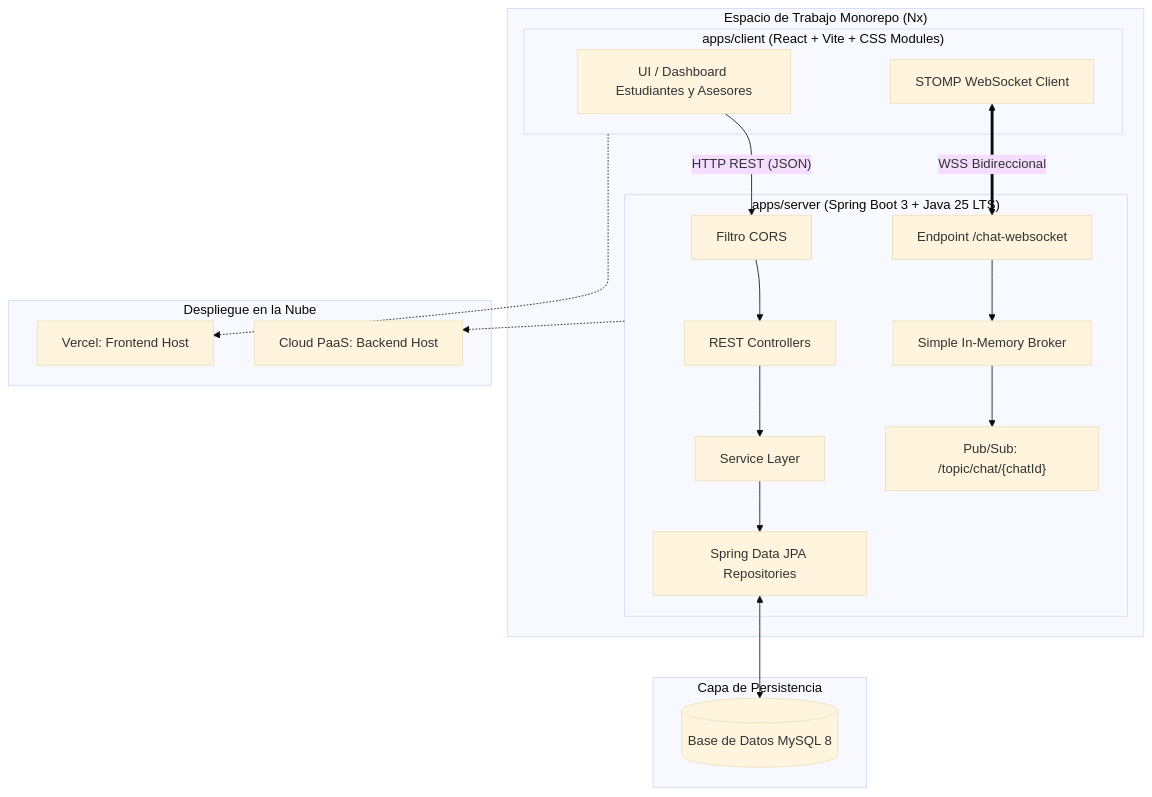
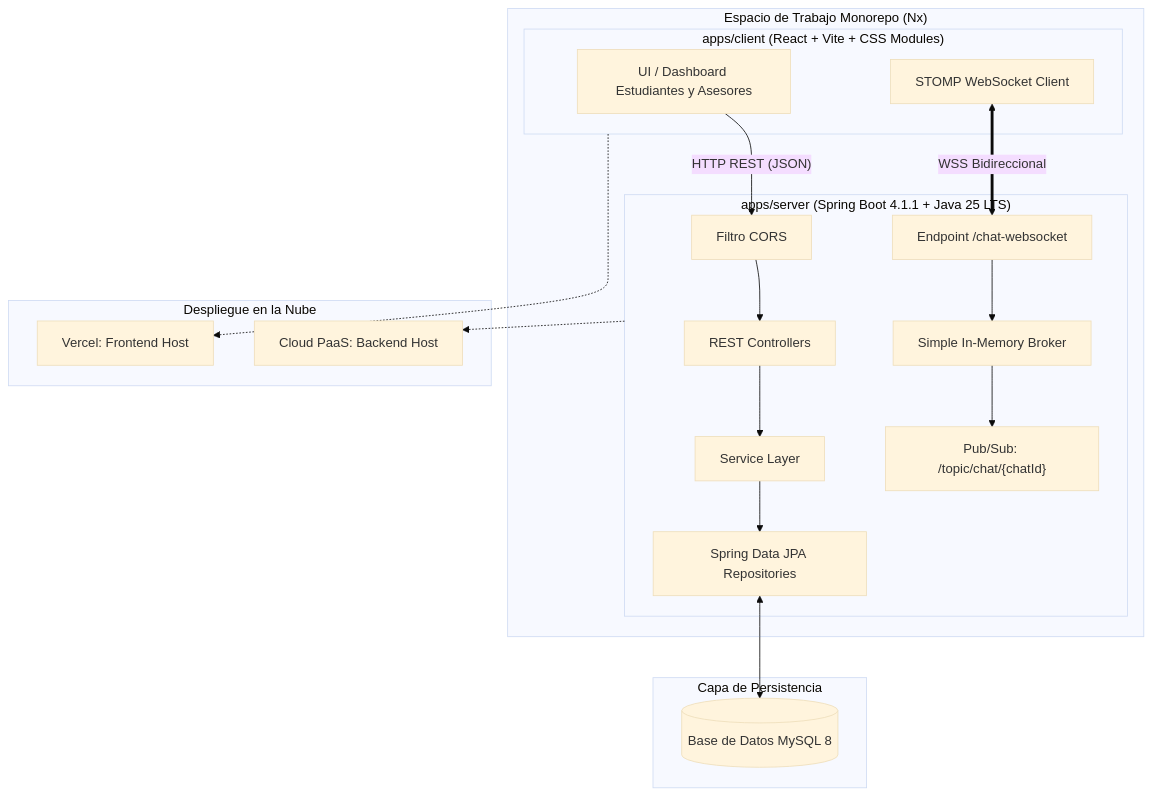
Before and after one commit to CrhistianNinalaya/chat-asistencia-estudiante: the diagram in README.md, drawn with Mermaid (base theme). The commit also changed other lines of this file, not shown here.

Commit message:
docs: update spring boot version references to 4.1.1

````diff
--- a/README.md
+++ b/README.md
@@ -32,35 +32,35 @@
 ```mermaid
 flowchart TD
     subgraph NxMonorepo["Espacio de Trabajo Monorepo (Nx)"]
         subgraph ClientApp["apps/client (React + Vite + CSS Modules)"]
             UI[UI / Dashboard Estudiantes y Asesores]
             WSClient[STOMP WebSocket Client]
         end
 
-        subgraph ServerApp["apps/server (Spring Boot 3 + Java 25 LTS)"]
+        subgraph ServerApp["apps/server (Spring Boot 4.1.1 + Java 25 LTS)"]
             CORS[Filtro CORS] --> REST[REST Controllers]
             REST --> Service[Service Layer]
             
             WS[Endpoint /chat-websocket] --> Broker[Simple In-Memory Broker]
             Broker --> PubSub["Pub/Sub: /topic/chat/{chatId}"]
 
             Service --> Repos[Spring Data JPA Repositories]
         end
     end
 
     subgraph DataStore["Capa de Persistencia"]
         MySQL[(Base de Datos MySQL 8)]
     end
 
     subgraph CloudHosting["Despliegue en la Nube"]
         VercelCloud[Vercel: Frontend Host]
         BackendCloud[Cloud PaaS: Backend Host]
     end
 
     UI -- "HTTP REST (JSON)" --> CORS
     WSClient <== "WSS Bidireccional" ==> WS
     Repos <--> MySQL
 
     ClientApp -.-> VercelCloud
     ServerApp -.-> BackendCloud
 ```
````
